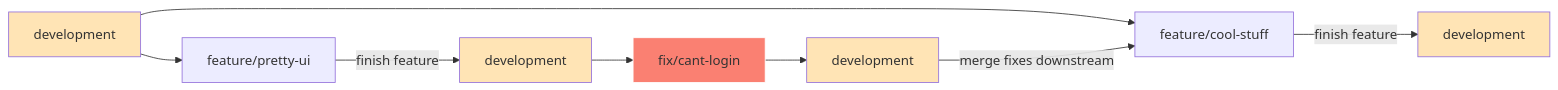
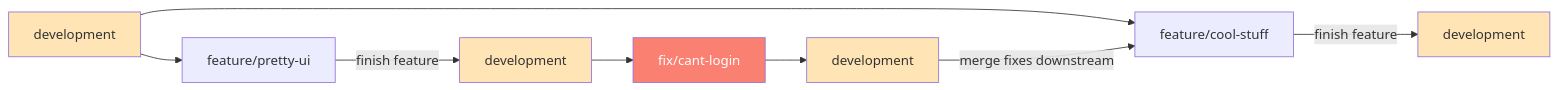
One commit to hasparus/software-engineering-class changed the diagram in testy/plan_zarządzania_jakością_produktu.md. Above: the diagram before and after it, drawn with Mermaid. The commit also changed other lines of this file, not shown here.

Commit message:
Uploaded by https://stackedit.io/

````diff
--- a/testy/plan_zarządzania_jakością_produktu.md
+++ b/testy/plan_zarządzania_jakością_produktu.md
@@ -21,14 +21,14 @@
 ```mermaid
 graph LR;
 	d#1[development]-->feature/cool-stuff;
 	d#1[development]-->feature/pretty-ui;
 	feature/pretty-ui--finish feature-->d#2[development];
 	d#3[development]--merge fixes downstream-->feature/cool-stuff;
 	fix/cant-login-->d#3[development]
 	d#2[development]-->fix/cant-login;
 	feature/cool-stuff--finish feature-->d#4[development];
 	
 	style d#1 fill: moccasin; 	style d#2 fill: moccasin;
 	style d#3 fill: moccasin; 	style d#4 fill: moccasin;
-	style fix/cant-login fill: salmon, stroke: white;
+	style fix/cant-login fill: salmon, color: white;
 ```
````
